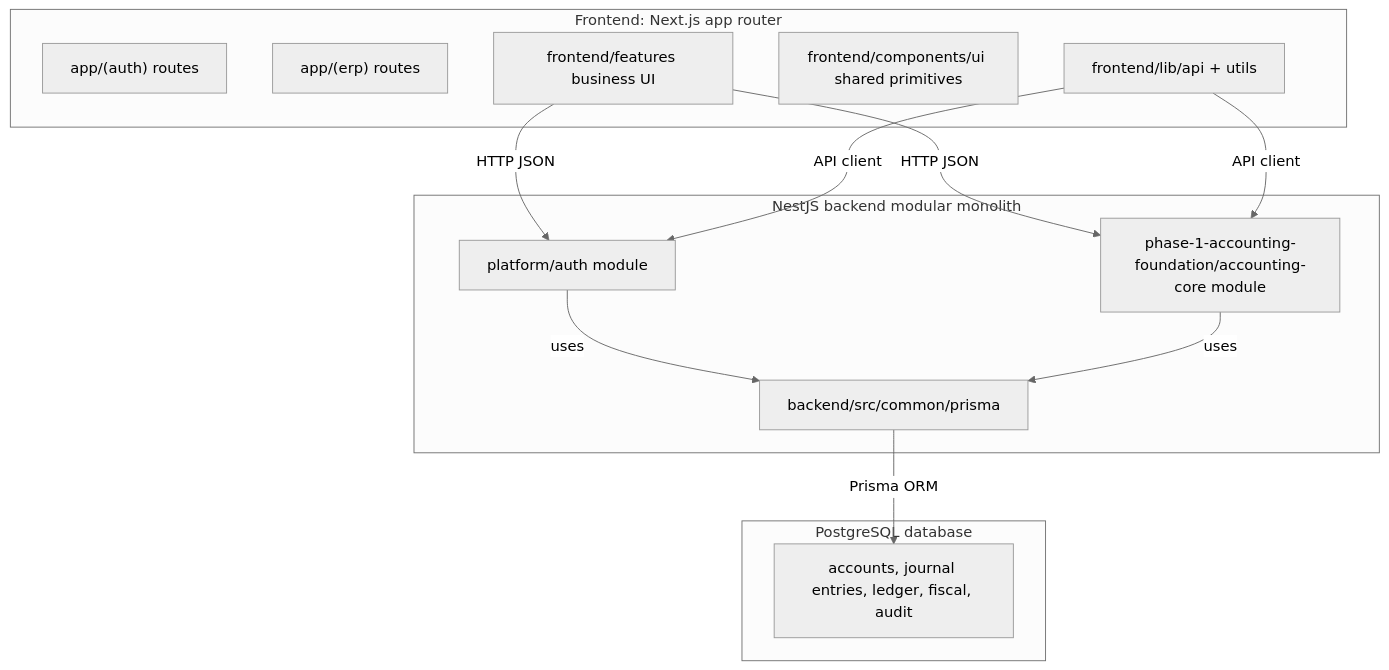
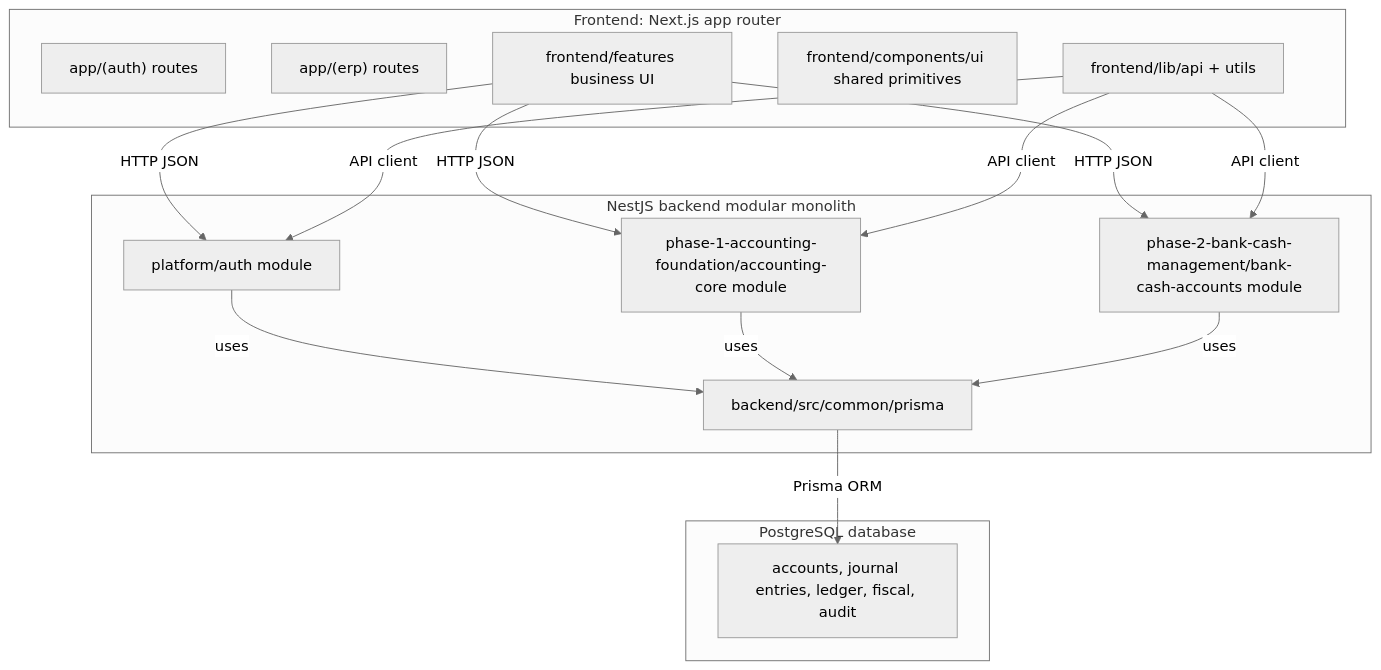
Before and after one commit to Abdalrhman-zadain/simple-account: the first of 3 diagrams in docs/system-structure-report.md, drawn with Mermaid (neutral theme). The commit also changed other lines of this file and 73 other files, not shown here.

````diff
--- a/docs/system-structure-report.md
+++ b/docs/system-structure-report.md
@@ -48,28 +48,32 @@
 ```mermaid
 flowchart TB
   subgraph Frontend["Frontend: Next.js app router"]
     A1["app/(auth) routes"]
     A2["app/(erp) routes"]
     A3["frontend/features business UI"]
     A4["frontend/components/ui shared primitives"]
     A5["frontend/lib/api + utils"]
   end
 
   subgraph Backend["NestJS backend modular monolith"]
     B1["platform/auth module"]
     B2["phase-1-accounting-foundation/accounting-core module"]
+    B4["phase-2-bank-cash-management/bank-cash-accounts module"]
     B3["backend/src/common/prisma"]
   end
 
   subgraph Database["PostgreSQL database"]
     C1["accounts, journal entries, ledger, fiscal, audit"]
   end
 
   A3 -->|HTTP JSON| B1
   A3 -->|HTTP JSON| B2
+  A3 -->|HTTP JSON| B4
   A5 -->|API client| B1
   A5 -->|API client| B2
+  A5 -->|API client| B4
   B1 -->|uses| B3
   B2 -->|uses| B3
+  B4 -->|uses| B3
   B3 -->|Prisma ORM| C1
 ```
````
